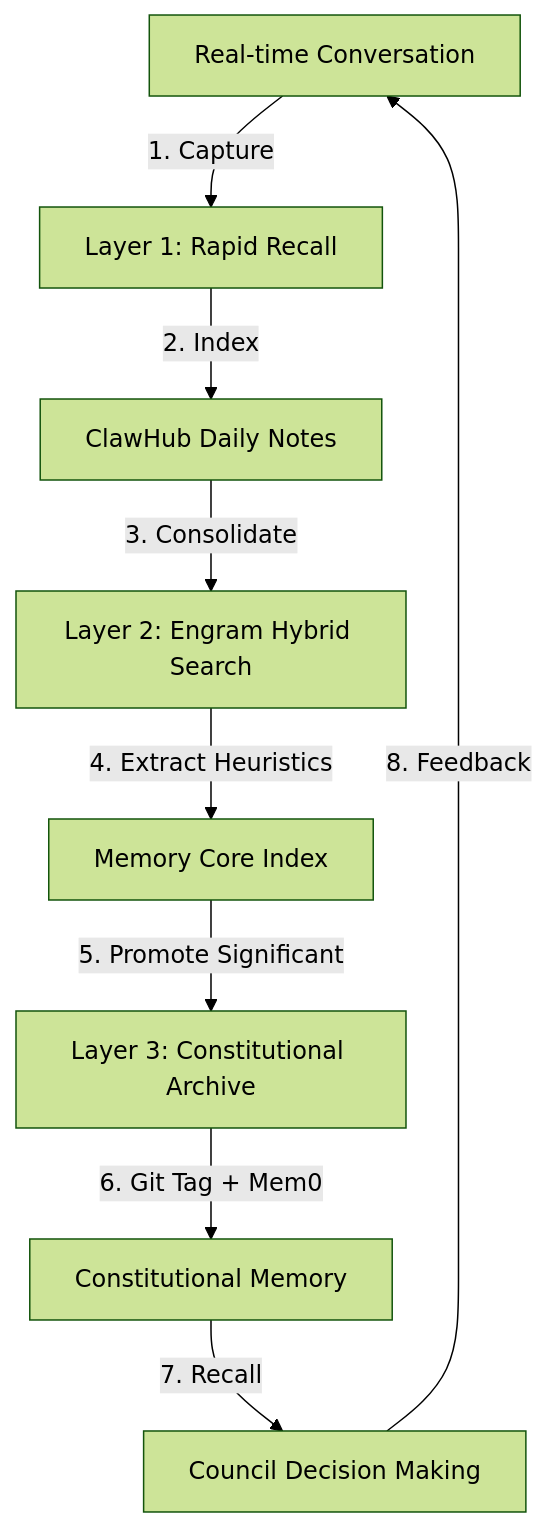
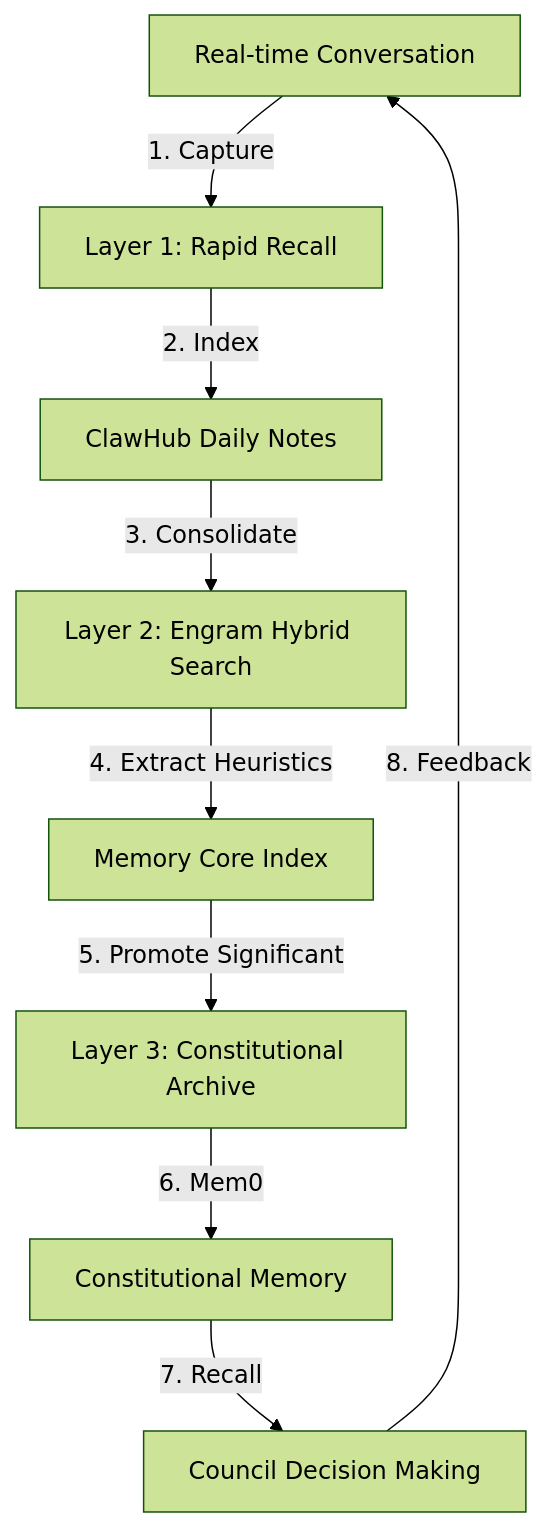
One commit to enuno/moltbot-philosopher changed the diagram in docs/NOOSPHERE_ARCHITECTURE.md. Above: the diagram before and after it, drawn with Mermaid (forest theme). The commit also changed other lines of this file, not shown here.

First line of the commit message:
Refactor NOOSPHERE_ARCHITECTURE.md for clarity

````diff
--- a/docs/NOOSPHERE_ARCHITECTURE.md
+++ b/docs/NOOSPHERE_ARCHITECTURE.md
@@ -1164,11 +1160,11 @@
 ```mermaid
 graph TD
     A[Real-time Conversation] -->|1. Capture| B[Layer 1: Rapid Recall]
     B -->|2. Index| C[ClawHub Daily Notes]
     C -->|3. Consolidate| D[Layer 2: Engram Hybrid Search]
     D -->|4. Extract Heuristics| E[Memory Core Index]
     E -->|5. Promote Significant| F[Layer 3: Constitutional Archive]
-    F -->|6. Git Tag + Mem0| G[Constitutional Memory]
+    F -->|6. Mem0| G[Constitutional Memory]
     G -->|7. Recall| H[Council Decision Making]
     H -->|8. Feedback| A
 ```
````
